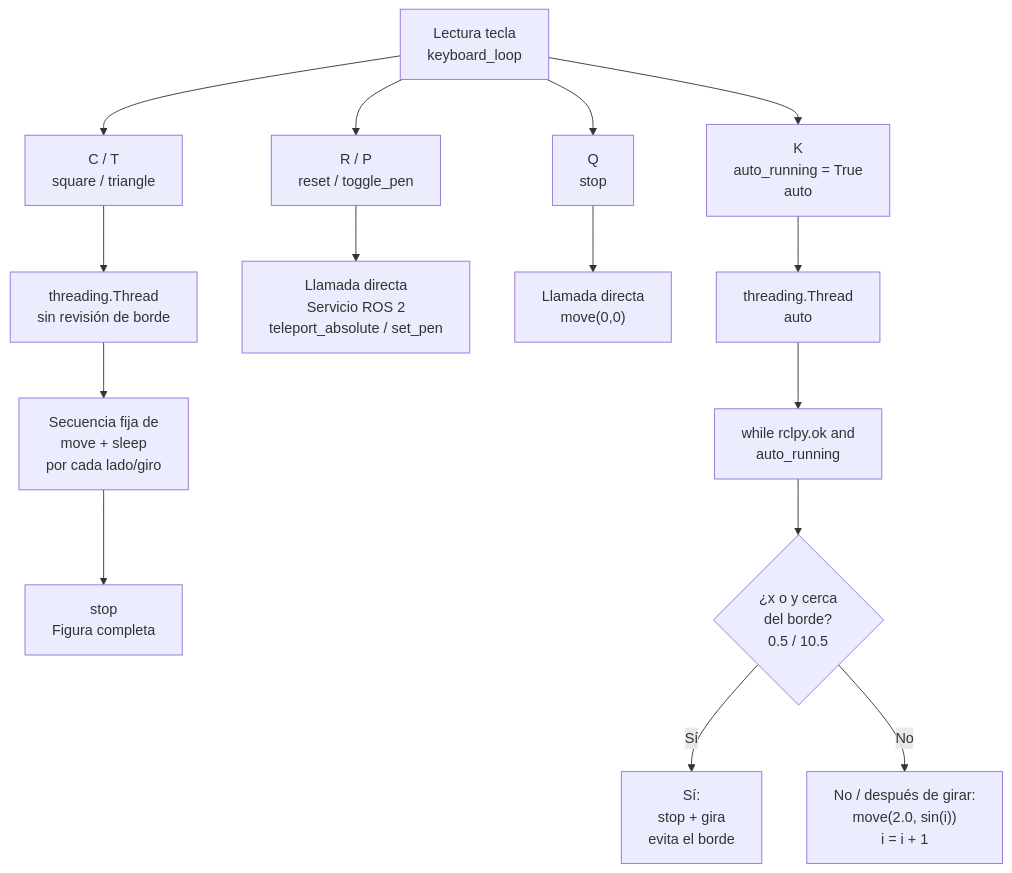
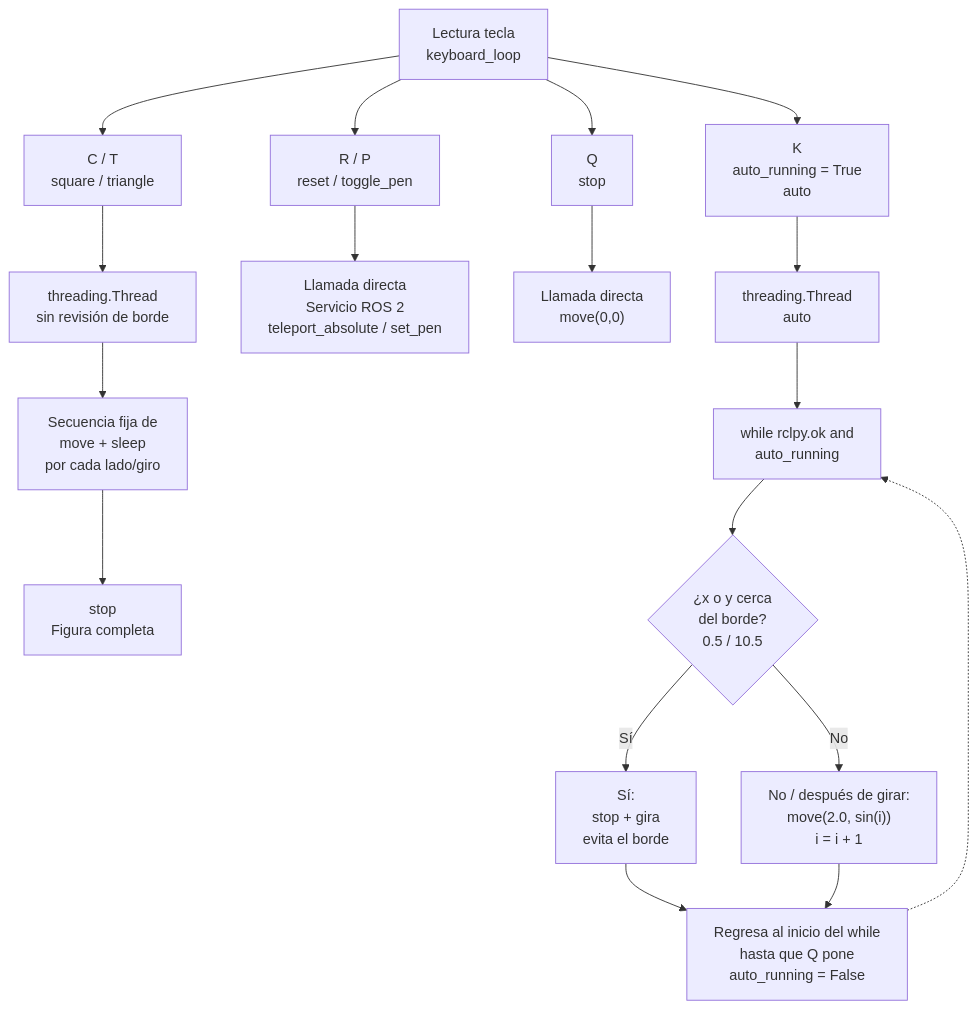
One commit to labsir-un/Robotica-2026-I-Equipo-2A-Monroy-Saenz changed the second of 2 diagrams in Laboratorio No. 04 - Robótica de Desarrollo ROS Jazzy y Turtlesim/README.MD. Above: the diagram before and after it, drawn with Mermaid.

````diff
--- a/Laboratorio No. 04 - Robótica de Desarrollo ROS Jazzy y Turtlesim/README.MD
+++ b/Laboratorio No. 04 - Robótica de Desarrollo ROS Jazzy y Turtlesim/README.MD
@@ -65,47 +65,53 @@
 ```mermaid
 flowchart TD
 
     A["Lectura tecla<br/>keyboard_loop"]
 
     B["C / T<br/>square / triangle"]
     C["R / P<br/>reset / toggle_pen"]
     D["Q<br/>stop"]
     E["K<br/>auto_running = True<br/>auto"]
 
     A --> B
     A --> C
     A --> D
     A --> E
 
     F["threading.Thread<br/>sin revisión de borde"]
     G["Llamada directa<br/>Servicio ROS 2<br/>teleport_absolute / set_pen"]
     H["Llamada directa<br/>move(0,0)"]
     I["threading.Thread<br/>auto"]
 
     B --> F
     C --> G
     D --> H
     E --> I
 
     J["Secuencia fija de<br/>move + sleep<br/>por cada lado/giro"]
     F --> J
 
     K["stop<br/>Figura completa"]
     J --> K
 
     L["while rclpy.ok and<br/>auto_running"]
 
     I --> L
 
     M{"¿x o y cerca<br/>del borde?<br/>0.5 / 10.5"}
 
     L --> M
 
     N["Sí:<br/>stop + gira<br/>evita el borde"]
     O["No / después de girar:<br/>move(2.0, sin(i))<br/>i = i + 1"]
 
     M -->|Sí| N
     M -->|No| O
 
+    P["Regresa al inicio del while<br/>hasta que Q pone<br/>auto_running = False"]
+
+    N --> P
+    O --> P
+
+    P -.-> L
 
 ```
````
